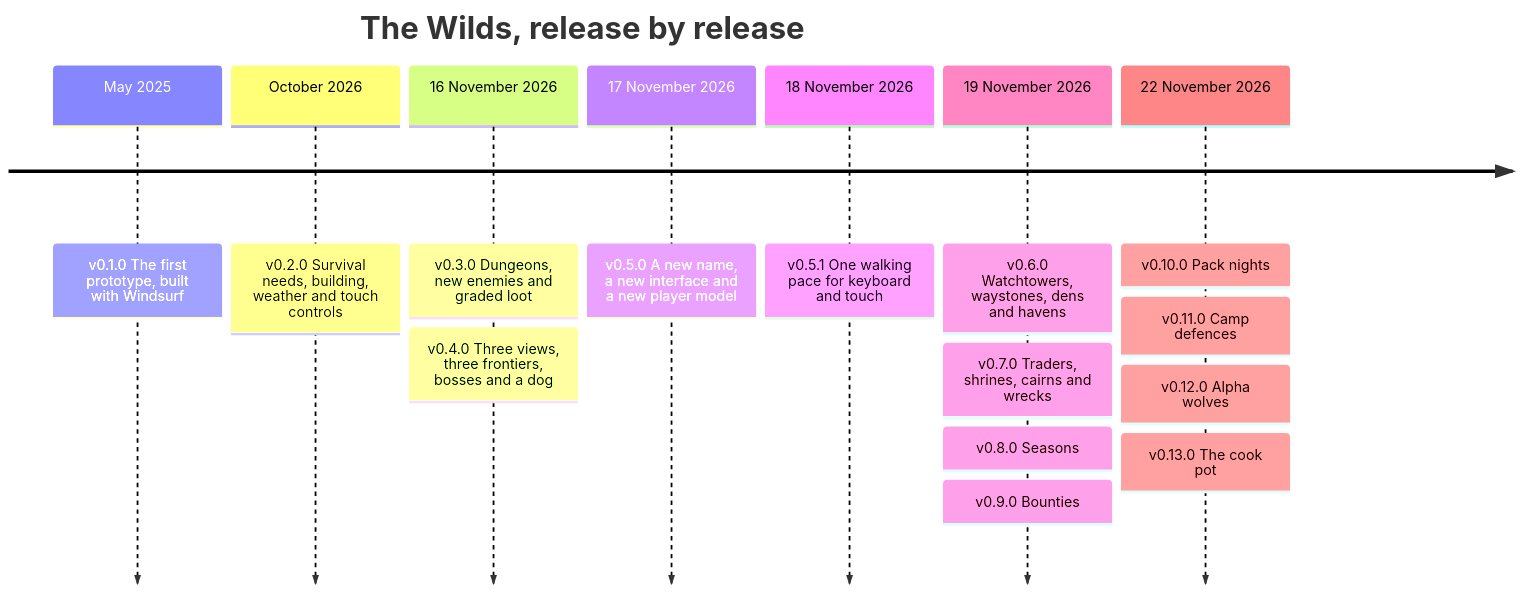
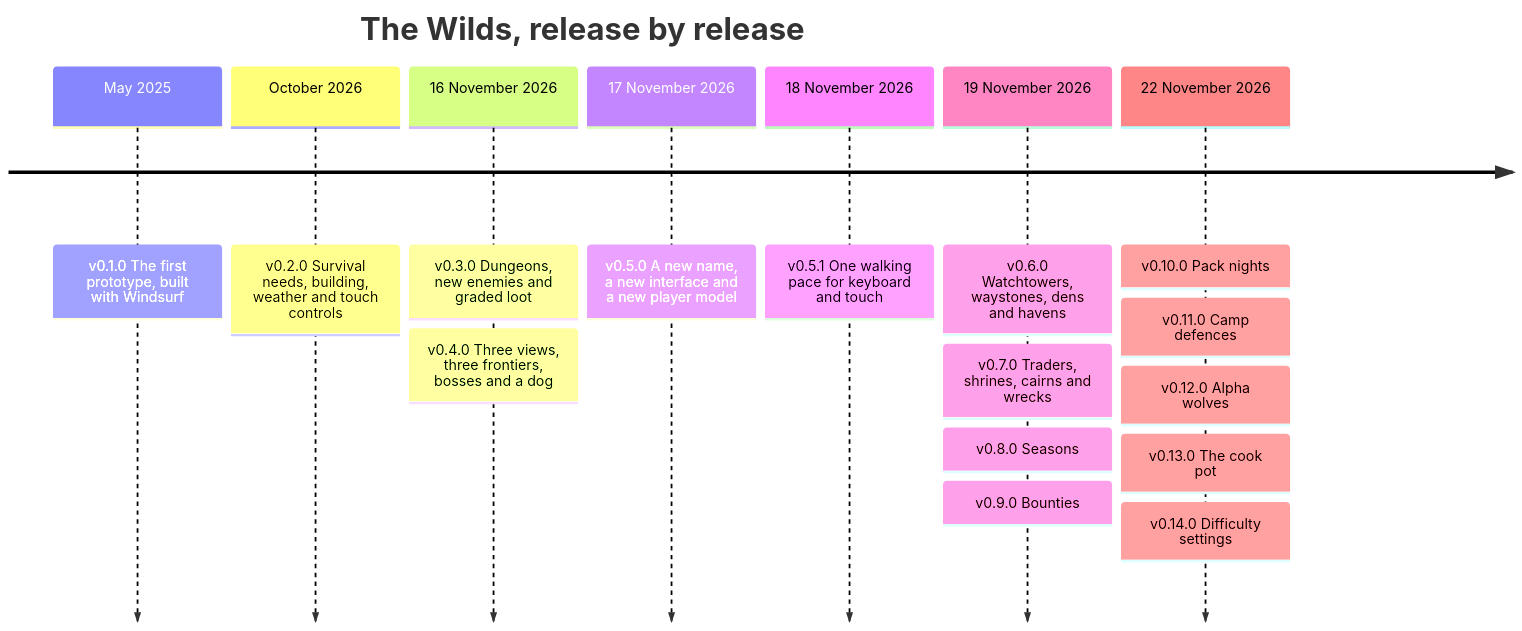
One commit to CptNope/Survival-Game changed the fifth of 5 diagrams in README.md. Above: the diagram before and after it, drawn with Mermaid. The commit also changed other lines of this file and 14 other files, not shown here.

First line of the commit message:
Add difficulty settings: Gentle, Standard and Harsh

````diff
--- a/README.md
+++ b/README.md
@@ -579,18 +597,19 @@
 ```mermaid
 timeline
     title The Wilds, release by release
     May 2025 : v0.1.0 The first prototype, built with Windsurf
     October 2026 : v0.2.0 Survival needs, building, weather and touch controls
     16 November 2026 : v0.3.0 Dungeons, new enemies and graded loot
                      : v0.4.0 Three views, three frontiers, bosses and a dog
     17 November 2026 : v0.5.0 A new name, a new interface and a new player model
     18 November 2026 : v0.5.1 One walking pace for keyboard and touch
     19 November 2026 : v0.6.0 Watchtowers, waystones, dens and havens
                      : v0.7.0 Traders, shrines, cairns and wrecks
                      : v0.8.0 Seasons
                      : v0.9.0 Bounties
     22 November 2026 : v0.10.0 Pack nights
                      : v0.11.0 Camp defences
                      : v0.12.0 Alpha wolves
                      : v0.13.0 The cook pot
+                     : v0.14.0 Difficulty settings
 ```
````
